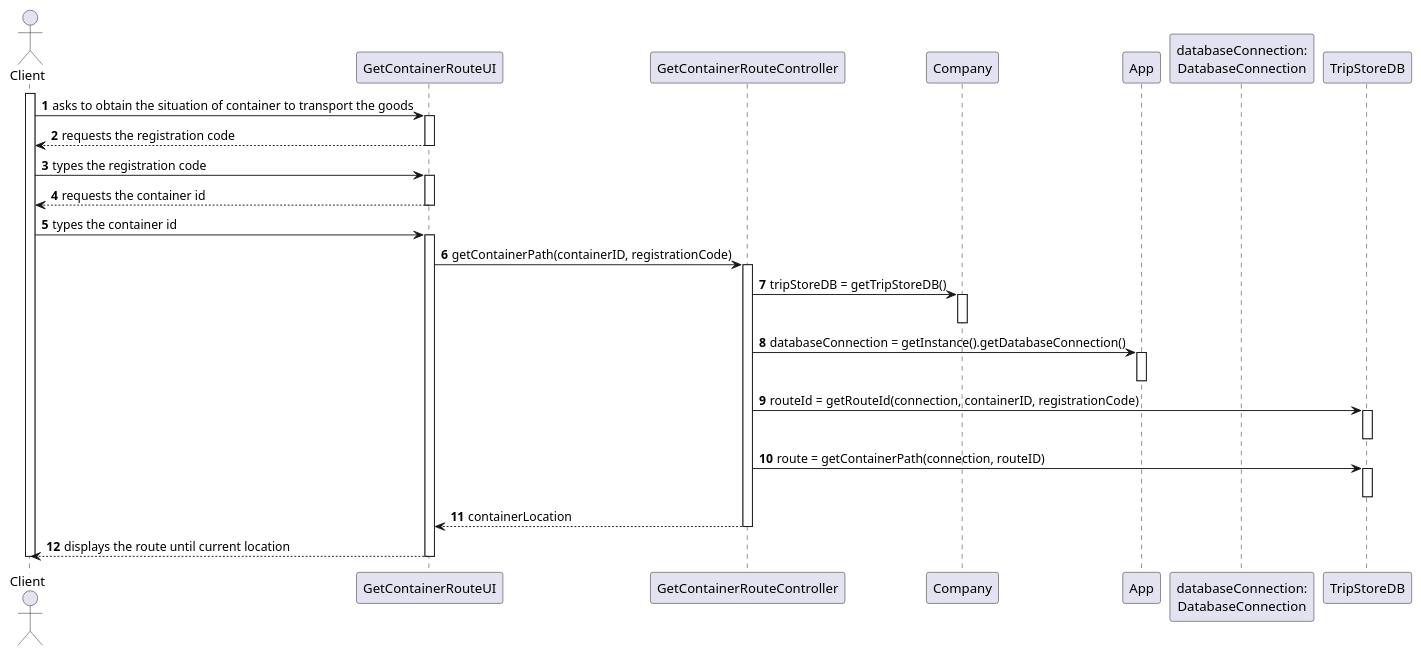
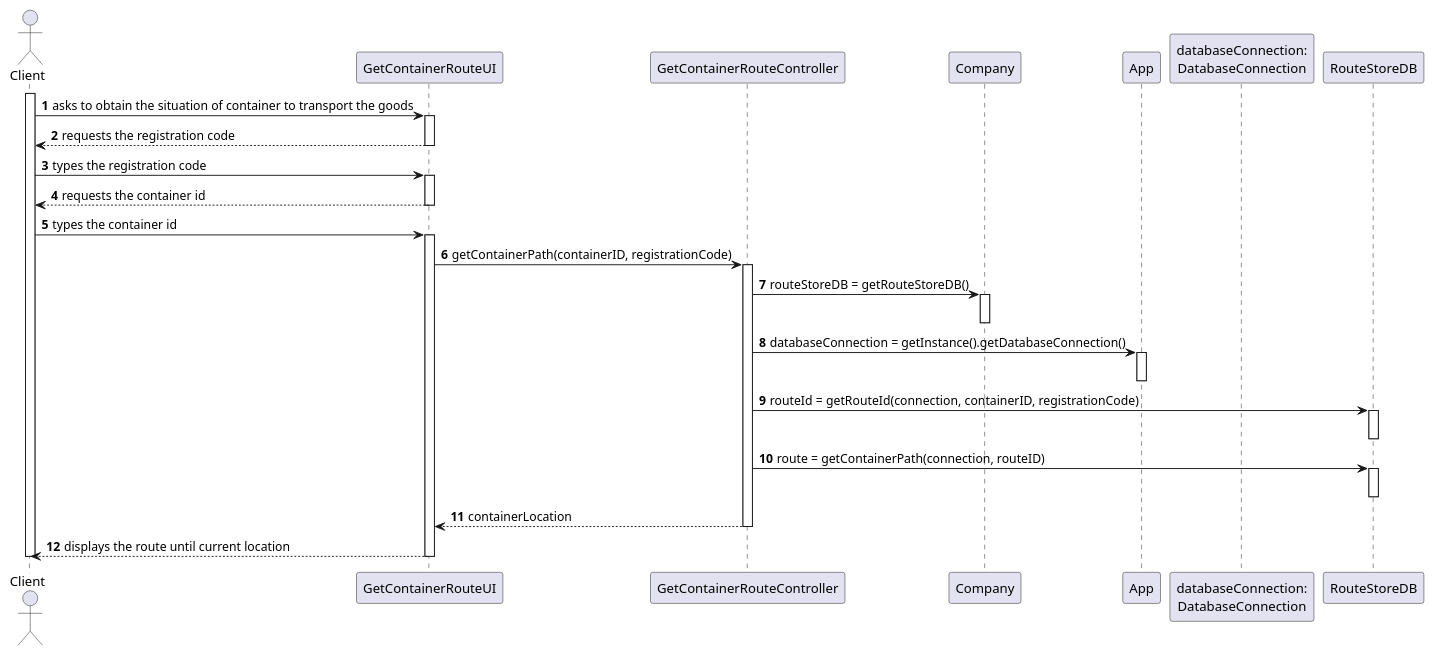
One commit to ana-albergaria/LAPR3-ISEP changed the diagram in docs/Sprint 3/US305/US305_SD.puml. Above: the diagram before and after it, drawn with PlantUML. The commit also changed 7 other files, not shown here.

Commit message:
G54-159 #time 1h 30 #comment US305 - Controller, RouteStoreDB Classes + Tests + updating main function sql

```diff
--- a/docs/Sprint 3/US305/US305_SD.puml
+++ b/docs/Sprint 3/US305/US305_SD.puml
@@ -1,49 +1,49 @@
 @startuml
 
 autonumber
 actor Client as C
 
 participant "GetContainerRouteUI" as UI
 participant "GetContainerRouteController" as CTRL
 participant "Company" as COMPANY
 participant "App" as APP
 participant "databaseConnection:\nDatabaseConnection" as CONNECTION
 
-participant "TripStoreDB" as TRIP_STORE_DB
+participant "RouteStoreDB" as ROUTE_STORE_DB
 
 /'Temos de chamar a Company para as Stores ou não é
 necessário?'/
 
 
 activate C
 C -> "UI" : asks to obtain the situation of container to transport the goods
 activate "UI"
 "UI" --> C : requests the registration code
 deactivate "UI"
 C -> "UI" : types the registration code
 activate "UI"
 UI --> C : requests the container id
 deactivate UI
 C -> UI : types the container id
 activate UI
 UI -> CTRL : getContainerPath(containerID, registrationCode)
 activate CTRL
-CTRL -> COMPANY : tripStoreDB = getTripStoreDB()
+CTRL -> COMPANY : routeStoreDB = getRouteStoreDB()
 activate COMPANY
 deactivate COMPANY
 CTRL -> APP : databaseConnection = getInstance().getDatabaseConnection()
 activate APP
 deactivate APP
-CTRL -> TRIP_STORE_DB : routeId = getRouteId(connection, containerID, registrationCode)
-activate TRIP_STORE_DB
-deactivate TRIP_STORE_DB
-CTRL -> TRIP_STORE_DB : route = getContainerPath(connection, routeID)
-activate TRIP_STORE_DB
-deactivate TRIP_STORE_DB
+CTRL -> ROUTE_STORE_DB : routeId = getRouteId(connection, containerID, registrationCode)
+activate ROUTE_STORE_DB
+deactivate ROUTE_STORE_DB
+CTRL -> ROUTE_STORE_DB : route = getContainerPath(connection, routeID)
+activate ROUTE_STORE_DB
+deactivate ROUTE_STORE_DB
 CTRL --> UI : containerLocation
 deactivate CTRL
 UI --> C : displays the route until current location
 deactivate UI
 deactivate C
 
 @enduml
```
